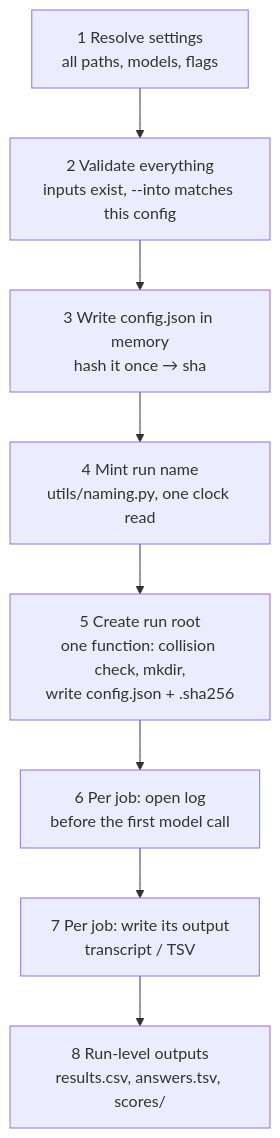
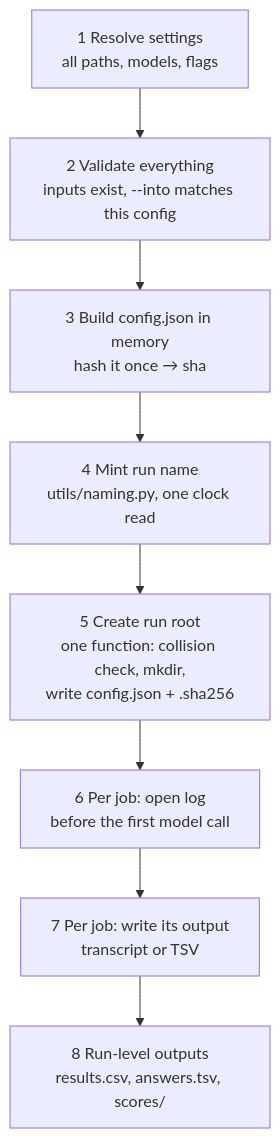
Before and after one commit to SpringCare/VERA-MH: the second of 2 diagrams in docs/design/run-lifecycle.md, drawn with Mermaid. The commit also changed other lines of this file, not shown here.

First line of the commit message:
docs: fix Mermaid syntax in the run-lifecycle diagrams

````diff
--- a/docs/design/run-lifecycle.md
+++ b/docs/design/run-lifecycle.md
@@ -83,10 +83,10 @@
 ```mermaid
 flowchart TD
-    A[1 Resolve settings<br/>all paths, models, flags] --> B[2 Validate everything<br/>inputs exist, --into matches this config]
-    B --> C[3 Write config.json in memory<br/>hash it once → sha]
-    C --> D[4 Mint run name<br/>utils/naming.py, one clock read]
-    D --> E[5 Create run root<br/>one function: collision check, mkdir,<br/>write config.json + .sha256]
-    E --> F[6 Per job: open log<br/>before the first model call]
-    F --> G[7 Per job: write its output<br/>transcript / TSV]
-    G --> H[8 Run-level outputs<br/>results.csv, answers.tsv, scores/]
+    A["1 Resolve settings<br/>all paths, models, flags"] --> B["2 Validate everything<br/>inputs exist, --into matches this config"]
+    B --> C["3 Build config.json in memory<br/>hash it once → sha"]
+    C --> D["4 Mint run name<br/>utils/naming.py, one clock read"]
+    D --> E["5 Create run root<br/>one function: collision check, mkdir,<br/>write config.json + .sha256"]
+    E --> F["6 Per job: open log<br/>before the first model call"]
+    F --> G["7 Per job: write its output<br/>transcript or TSV"]
+    G --> H["8 Run-level outputs<br/>results.csv, answers.tsv, scores/"]
 ```
````
